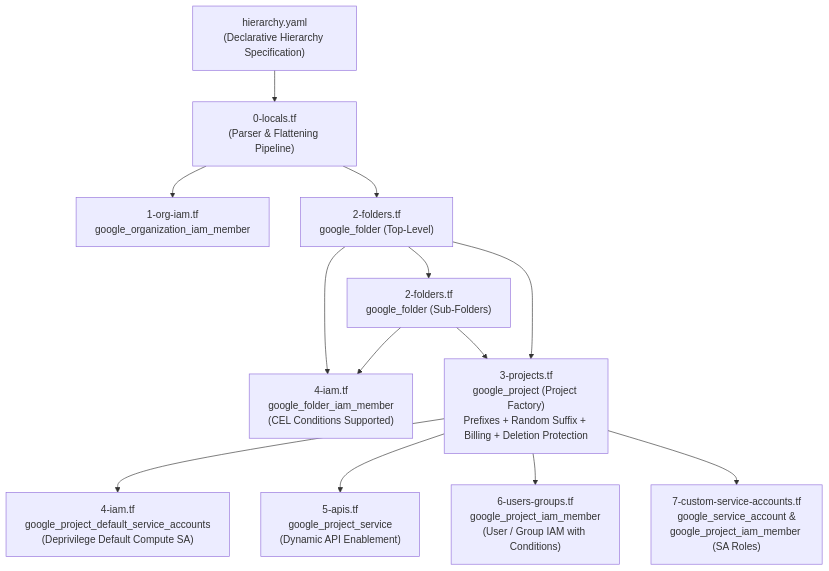
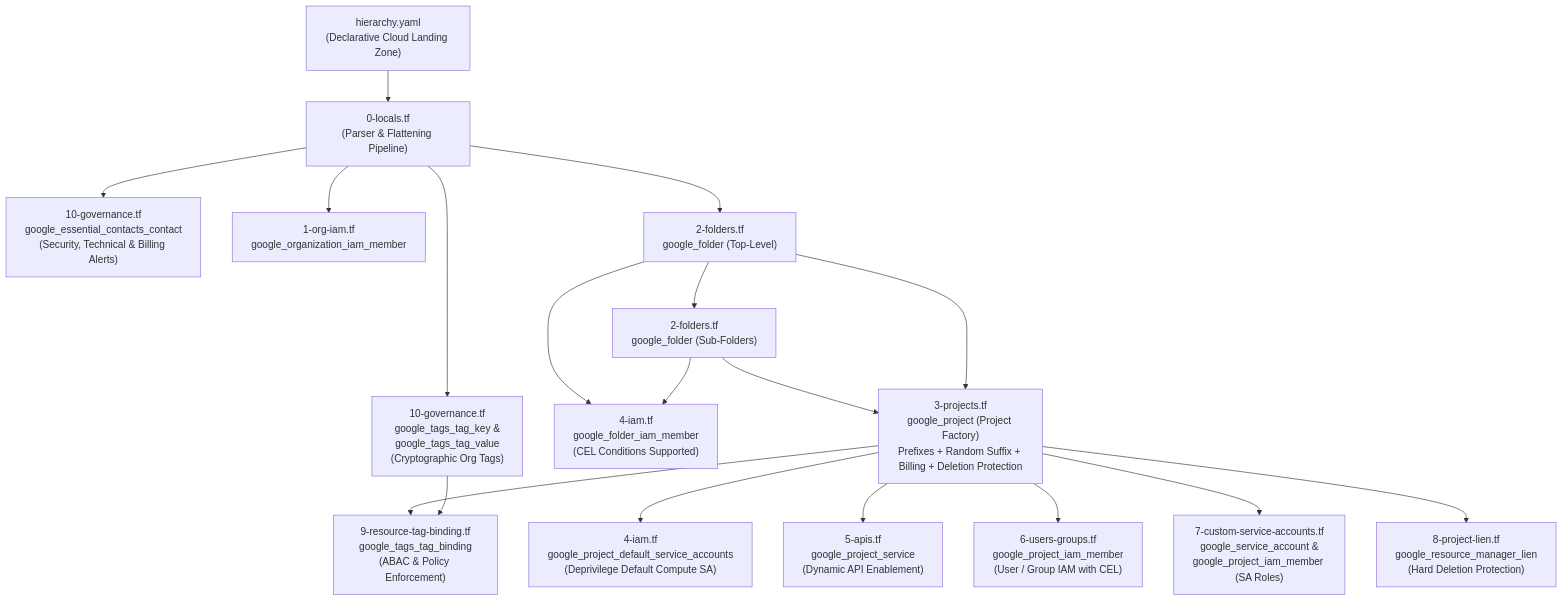
One commit to yuva-cloud-devops/gcp-terraform-custom-modules changed the first of 2 diagrams in foundation-infrastructure/README.md. Above: the diagram before and after it, drawn with Mermaid. The commit also changed other lines of this file and 20 other files, not shown here.

Commit message:
feat: add foundation infrastructure module and examples for GCP landing zone

````diff
--- a/foundation-infrastructure/README.md
+++ b/foundation-infrastructure/README.md
@@ -14,19 +14,25 @@
 ```mermaid
 flowchart TD
-    YAML["hierarchy.yaml<br/>(Declarative Hierarchy Specification)"] --> Locals["0-locals.tf<br/>(Parser & Flattening Pipeline)"]
+    YAML["hierarchy.yaml<br/>(Declarative Cloud Landing Zone)"] --> Locals["0-locals.tf<br/>(Parser & Flattening Pipeline)"]
+
+    Locals --> Contacts["10-governance.tf<br/>google_essential_contacts_contact<br/>(Security, Technical & Billing Alerts)"]
+    Locals --> Tags["10-governance.tf<br/>google_tags_tag_key &<br/>google_tags_tag_value<br/>(Cryptographic Org Tags)"]
 
     Locals --> OrgIAM["1-org-iam.tf<br/>google_organization_iam_member"]
     Locals --> TopFolders["2-folders.tf<br/>google_folder (Top-Level)"]
     TopFolders --> SubFolders["2-folders.tf<br/>google_folder (Sub-Folders)"]
 
     TopFolders --> FolderIAM["4-iam.tf<br/>google_folder_iam_member<br/>(CEL Conditions Supported)"]
     SubFolders --> FolderIAM
 
     SubFolders --> Projects["3-projects.tf<br/>google_project (Project Factory)<br/>Prefixes + Random Suffix + Billing + Deletion Protection"]
     TopFolders --> Projects
 
     Projects --> Security["4-iam.tf<br/>google_project_default_service_accounts<br/>(Deprivilege Default Compute SA)"]
     Projects --> APIs["5-apis.tf<br/>google_project_service<br/>(Dynamic API Enablement)"]
-    Projects --> ProjectIAM["6-users-groups.tf<br/>google_project_iam_member<br/>(User / Group IAM with Conditions)"]
+    Projects --> ProjectIAM["6-users-groups.tf<br/>google_project_iam_member<br/>(User / Group IAM with CEL)"]
     Projects --> WorkloadSA["7-custom-service-accounts.tf<br/>google_service_account &<br/>google_project_iam_member (SA Roles)"]
+    Projects --> Liens["8-project-lien.tf<br/>google_resource_manager_lien<br/>(Hard Deletion Protection)"]
+    Projects --> TagBindings["9-resource-tag-binding.tf<br/>google_tags_tag_binding<br/>(ABAC & Policy Enforcement)"]
+    Tags --> TagBindings
 ```
````
